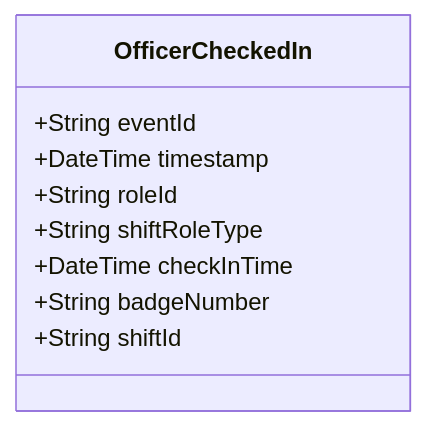
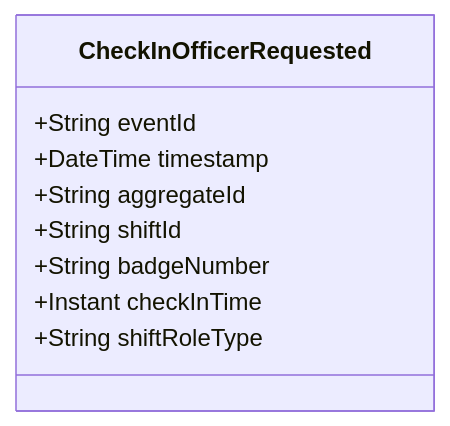
Before and after one commit to pgraff/police-system: the diagram in doc/events/OfficerCheckedIn.md, drawn with Mermaid. The commit also changed other lines of this file and 58 other files, not shown here.

````diff
--- a/doc/events/OfficerCheckedIn.md
+++ b/doc/events/OfficerCheckedIn.md
@@ -9,12 +9,12 @@
 ```mermaid
 classDiagram
-    class OfficerCheckedIn {
+    class CheckInOfficerRequested {
         +String eventId
         +DateTime timestamp
-        +String roleId
+        +String aggregateId
+        +String shiftId
+        +String badgeNumber
+        +Instant checkInTime
         +String shiftRoleType
-        +DateTime checkInTime
-        +String badgeNumber
-        +String shiftId
     }
 ```
````
